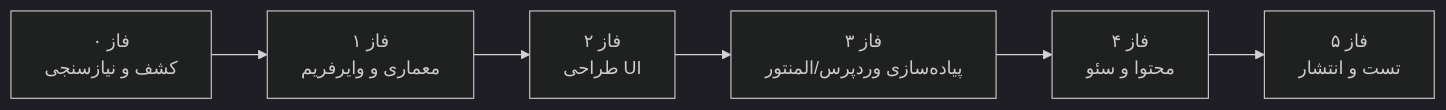
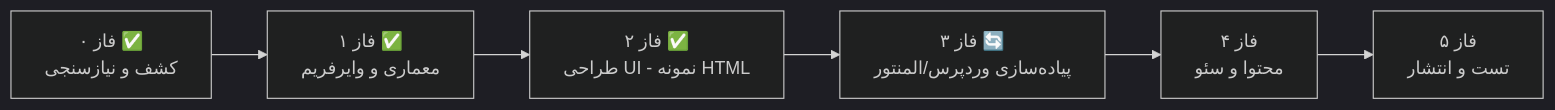
One commit to im-jvd2/Medical-Business changed the diagram in docs/01-roadmap.md. Above: the diagram before and after it, drawn with Mermaid (dark theme). The commit also changed other lines of this file and 9 other files, not shown here.

````diff
--- a/docs/01-roadmap.md
+++ b/docs/01-roadmap.md
@@ -9,8 +11,8 @@
 ```mermaid
 flowchart LR
-    P0[فاز ۰\nکشف و نیازسنجی] --> P1[فاز ۱\nمعماری و وایرفریم]
-    P1 --> P2[فاز ۲\nطراحی UI]
-    P2 --> P3[فاز ۳\nپیاده‌سازی وردپرس/المنتور]
+    P0[فاز ۰ ✅\nکشف و نیازسنجی] --> P1[فاز ۱ ✅\nمعماری و وایرفریم]
+    P1 --> P2[فاز ۲ ✅\nطراحی UI - نمونه HTML]
+    P2 --> P3[فاز ۳ 🔄\nپیاده‌سازی وردپرس/المنتور]
     P3 --> P4[فاز ۴\nمحتوا و سئو]
     P4 --> P5[فاز ۵\nتست و انتشار]
 ```
````
